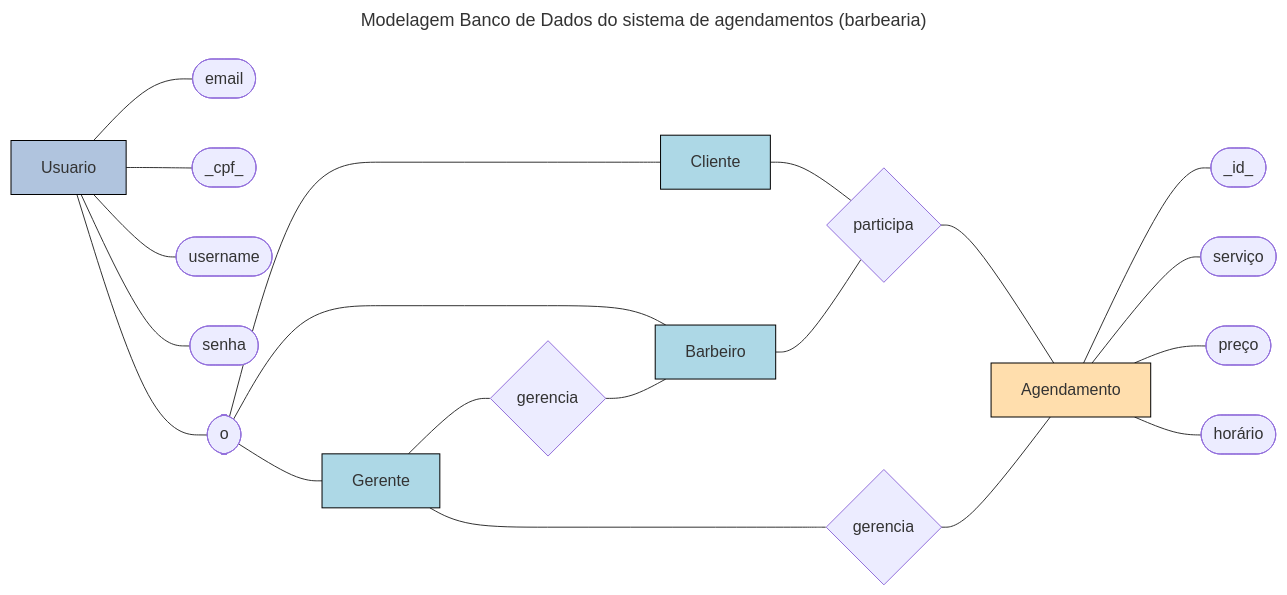
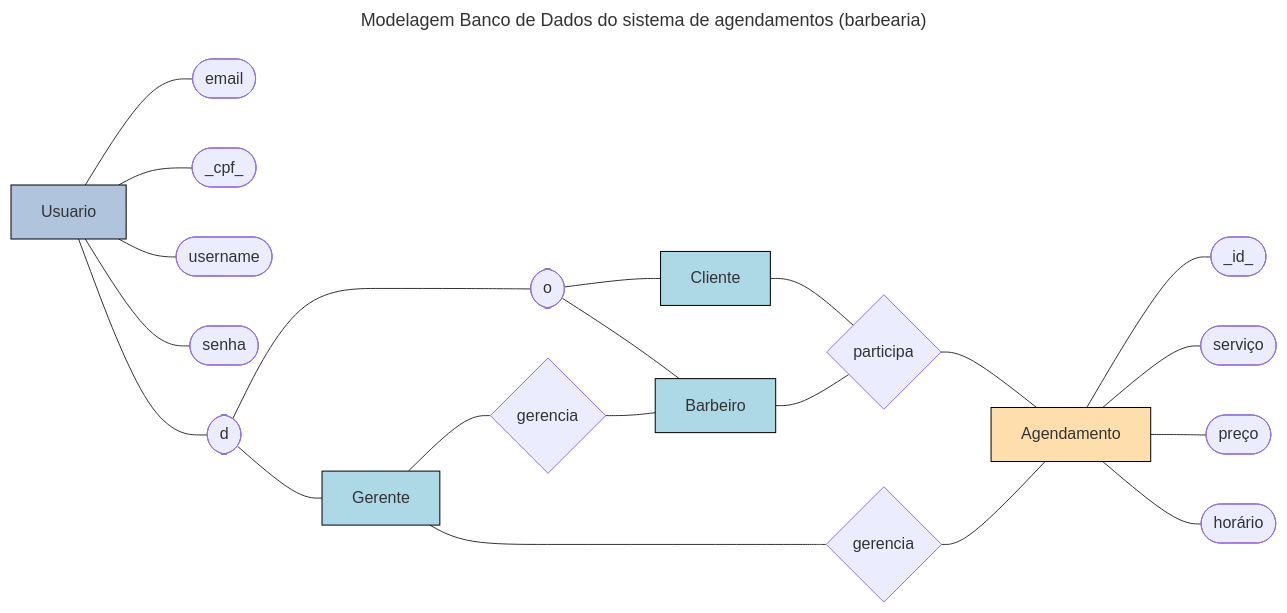
Before and after one commit to CarlosG18/sys_barbershop: the first of 2 diagrams in topicos/modelagem_bd/modelagem_bd.md, drawn with Mermaid. The commit also changed other lines of this file, not shown here.

Commit message:
adicionando o modelo ER

````diff
--- a/topicos/modelagem_bd/modelagem_bd.md
+++ b/topicos/modelagem_bd/modelagem_bd.md
@@ -3,60 +4,63 @@
 ```mermaid
 ---
 title: Modelagem Banco de Dados do sistema de agendamentos (barbearia)
 ---
 flowchart LR
     Usuario
     email([email])
     cpf([_cpf_])
     username([username])
     senha([senha])
     overlap([o])
 
     Usuario --- email
     Usuario --- cpf
     Usuario --- username
     Usuario --- senha
 
     Barbeiro
     Cliente
     Gerente
     
     Agendamento
     id([_id_])
     servico([serviço])
     preco([preço])
     horario([horário])
 
     Agendamento ---id
     Agendamento --- servico
     Agendamento --- preco
     Agendamento --- horario
 
     style Usuario fill:#B0C4DE,stroke:#000,stroke-width:1px
     style Gerente fill:#ADD8E6,stroke:#000,stroke-width:1px
     style Barbeiro fill:#ADD8E6,stroke:#000,stroke-width:1px
     style Cliente fill:#ADD8E6,stroke:#000,stroke-width:1px
     style Gerente fill:#ADD8E6,stroke:#000,stroke-width:1px
     style Agendamento fill:#FFDEAD,stroke:#000,stroke-width:1px
     
-    Usuario --- overlap
+    especializacao([d])
+    Usuario --- especializacao
+    especializacao --- Gerente
+
+    especializacao --- overlap
     overlap --- Barbeiro
     overlap --- Cliente
-    overlap --- Gerente
     
     relacionamento1{participa}
     relacionamento2{gerencia}
     relacionamento3{gerencia}
 
     Cliente --- relacionamento1
     relacionamento1 --- Agendamento
 
     Barbeiro --- relacionamento1
 
     Gerente --- relacionamento2 
     relacionamento2 --- Barbeiro
 
     Gerente --- relacionamento3
     relacionamento3 --- Agendamento
 
 ```
````
